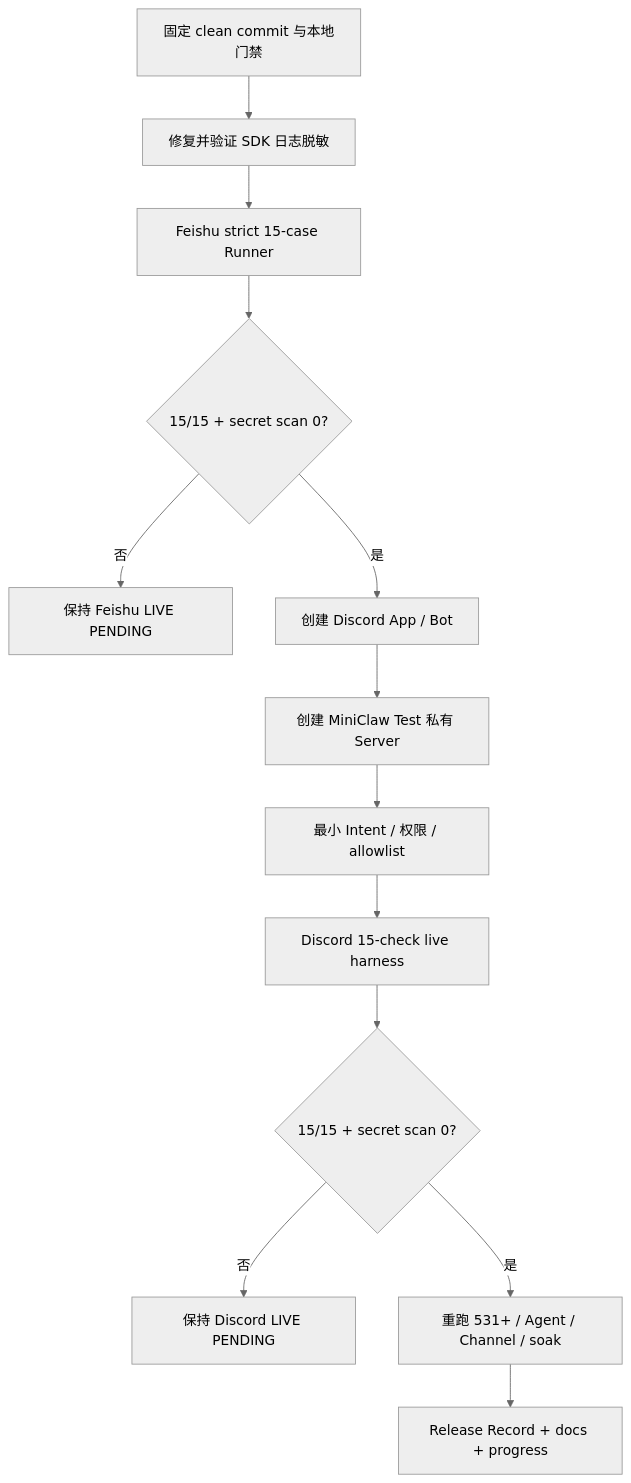
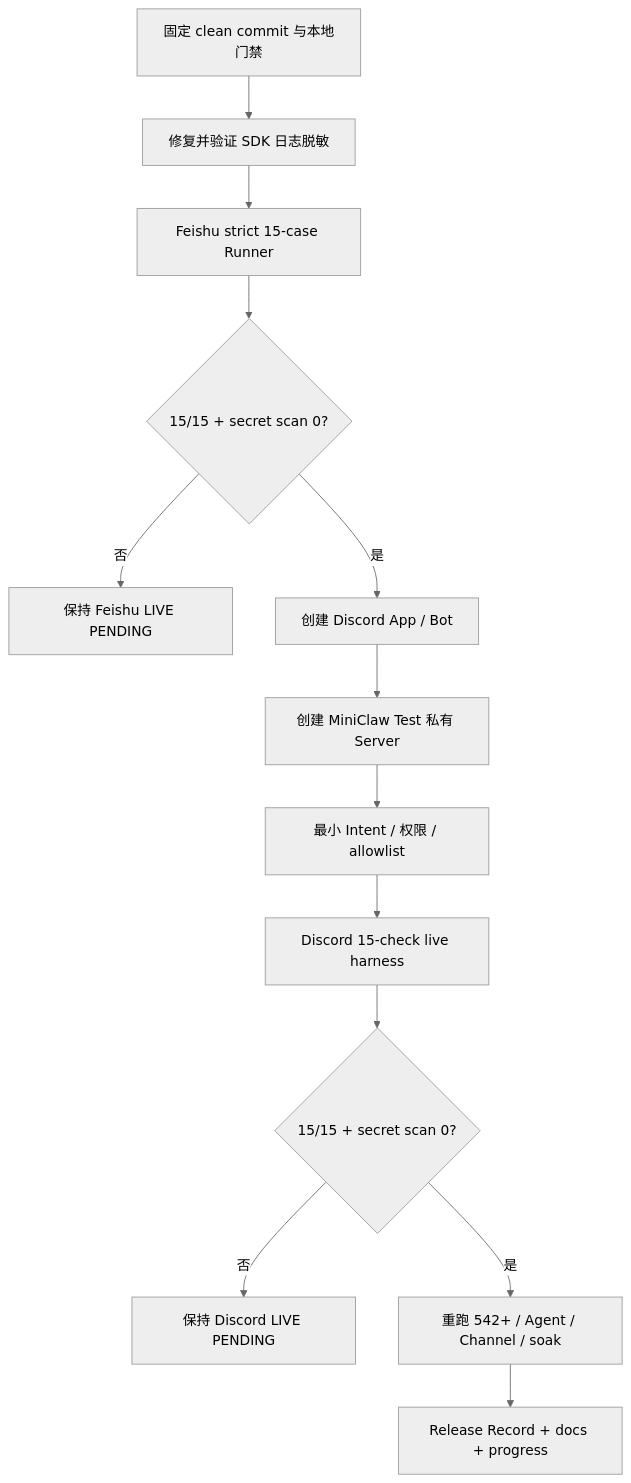
Before and after one commit to NEDONION/lobster0: the diagram in docs/superpowers/specs/2026-08-09-phase-5-3-feishu-discord-live-gate-design.md, drawn with Mermaid (neutral theme). The commit also changed other lines of this file and 31 other files, not shown here.

````diff
--- a/docs/superpowers/specs/2026-08-09-phase-5-3-feishu-discord-live-gate-design.md
+++ b/docs/superpowers/specs/2026-08-09-phase-5-3-feishu-discord-live-gate-design.md
@@ -120,15 +120,15 @@
 ```mermaid
 flowchart TD
     BASE["固定 clean commit 与本地门禁"] --> SEC["修复并验证 SDK 日志脱敏"]
     SEC --> FS["Feishu strict 15-case Runner"]
     FS --> FSE{"15/15 + secret scan 0?"}
     FSE -->|否| STOP1["保持 Feishu LIVE PENDING"]
     FSE -->|是| APP["创建 Discord App / Bot"]
     APP --> SERVER["创建 MiniClaw Test 私有 Server"]
     SERVER --> CFG["最小 Intent / 权限 / allowlist"]
     CFG --> DC["Discord 15-check live harness"]
     DC --> DCE{"15/15 + secret scan 0?"}
     DCE -->|否| STOP2["保持 Discord LIVE PENDING"]
-    DCE -->|是| GATE["重跑 531+ / Agent / Channel / soak"]
+    DCE -->|是| GATE["重跑 542+ / Agent / Channel / soak"]
     GATE --> DOCS["Release Record + docs + progress"]
 ```
````
